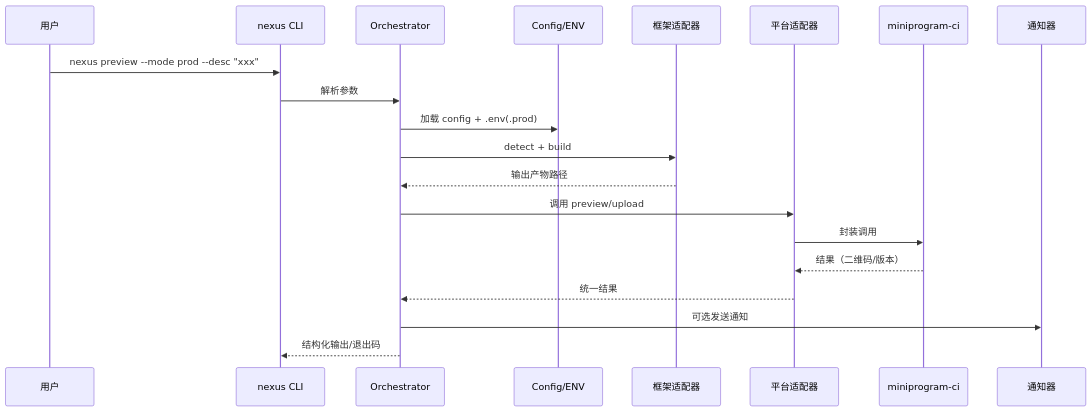
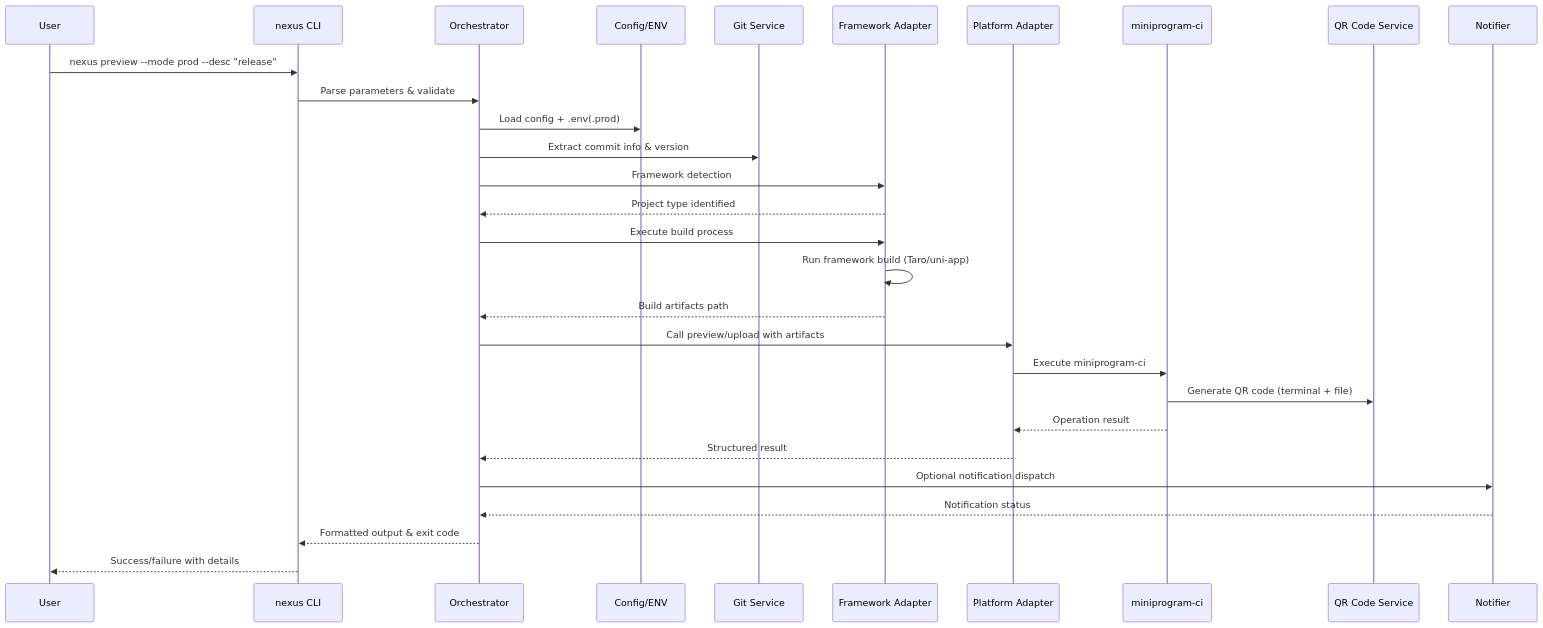
The second of 2 diagrams in docs/architecture.md (thornboo/mp-nexus-cli), drawn with Mermaid before and after one commit. The commit also changed other lines of this file and 8 other files, not shown here.

````diff
--- a/docs/architecture.md
+++ b/docs/architecture.md
@@ -147,23 +195,32 @@
 ```mermaid
 sequenceDiagram
-  participant U as 用户
+  participant U as User
   participant CLI as nexus CLI
   participant ORC as Orchestrator
   participant CFG as Config/ENV
-  participant FAD as 框架适配器
-  participant PAD as 平台适配器
+  participant GIT as Git Service
+  participant FAD as Framework Adapter
+  participant PAD as Platform Adapter
   participant CI as miniprogram-ci
-  participant NT as 通知器
+  participant QR as QR Code Service
+  participant NT as Notifier
 
-  U->>CLI: nexus preview --mode prod --desc "xxx"
-  CLI->>ORC: 解析参数
-  ORC->>CFG: 加载 config + .env(.prod)
-  ORC->>FAD: detect + build
-  FAD-->>ORC: 输出产物路径
-  ORC->>PAD: 调用 preview/upload
-  PAD->>CI: 封装调用
-  CI-->>PAD: 结果（二维码/版本）
-  PAD-->>ORC: 统一结果
-  ORC->>NT: 可选发送通知
-  ORC-->>CLI: 结构化输出/退出码
+  U->>CLI: nexus preview --mode prod --desc "release"
+  CLI->>ORC: Parse parameters & validate
+  ORC->>CFG: Load config + .env(.prod)
+  ORC->>GIT: Extract commit info & version
+  ORC->>FAD: Framework detection
+  FAD-->>ORC: Project type identified
+  ORC->>FAD: Execute build process
+  FAD->>FAD: Run framework build (Taro/uni-app)
+  FAD-->>ORC: Build artifacts path
+  ORC->>PAD: Call preview/upload with artifacts
+  PAD->>CI: Execute miniprogram-ci
+  CI->>QR: Generate QR code (terminal + file)
+  CI-->>PAD: Operation result
+  PAD-->>ORC: Structured result
+  ORC->>NT: Optional notification dispatch
+  NT-->>ORC: Notification status
+  ORC-->>CLI: Formatted output & exit code
+  CLI-->>U: Success/failure with details
 ```
````
